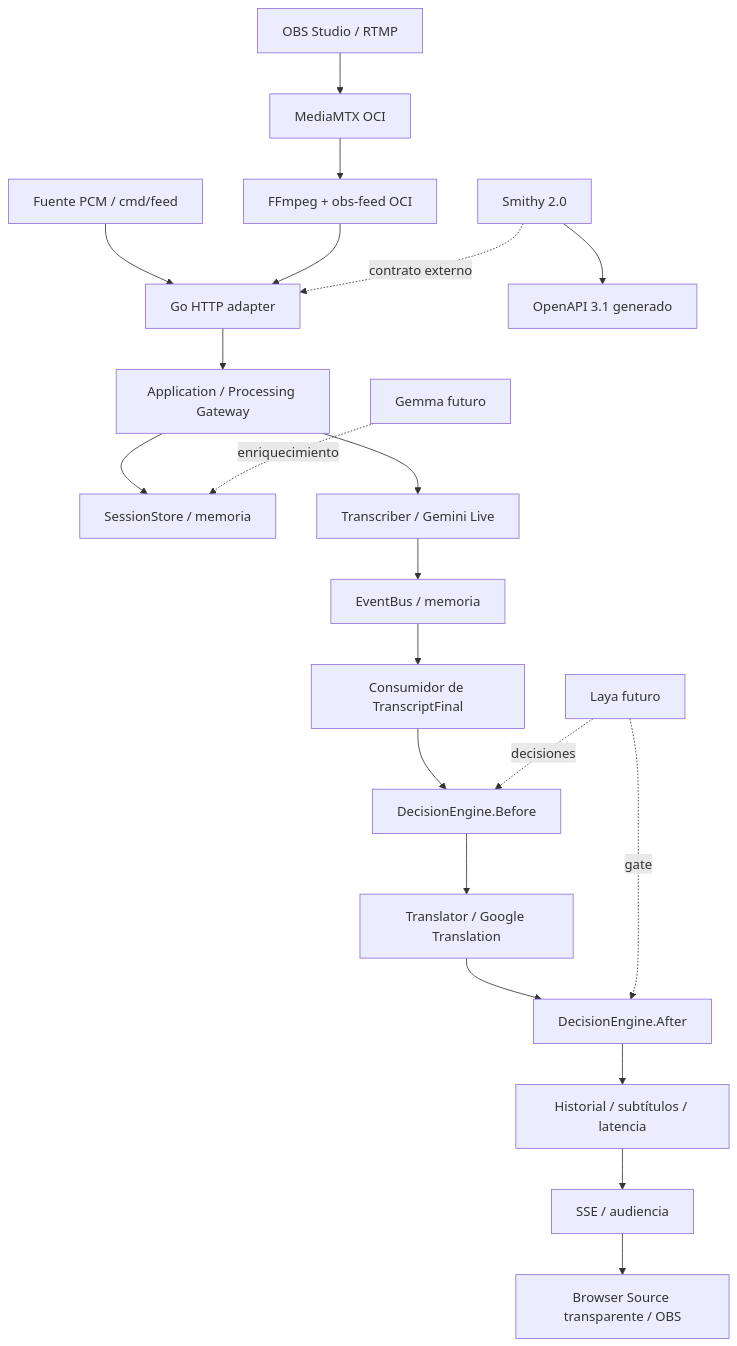
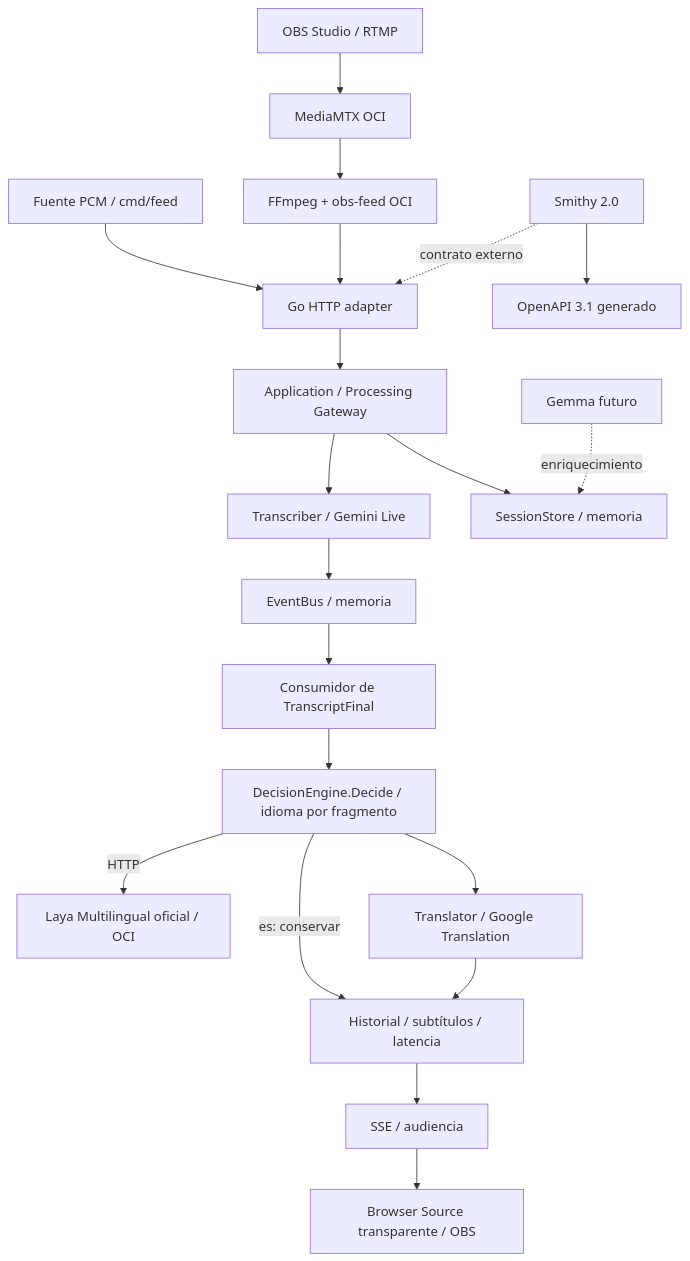
Before and after one commit to munhof/sintonizados: the diagram in docs/architecture/overview.md, drawn with Mermaid. The commit also changed other lines of this file and 38 other files, not shown here.

Commit message:
feat: integrate official Laya multilingual decisions

````diff
--- a/docs/architecture/overview.md
+++ b/docs/architecture/overview.md
@@ -3,23 +3,22 @@
 ```mermaid
 flowchart TB
   Feed[Fuente PCM / cmd/feed] --> HTTP[Go HTTP adapter]
   OBS[OBS Studio / RTMP] --> MTX[MediaMTX OCI]
   MTX --> FF[FFmpeg + obs-feed OCI]
   FF --> HTTP
   HTTP --> App[Application / Processing Gateway]
   App --> Store[SessionStore / memoria]
   App --> T[Transcriber / Gemini Live]
   T --> Bus[EventBus / memoria]
   Bus --> Worker[Consumidor de TranscriptFinal]
-  Worker --> Pre[DecisionEngine.Before]
+  Worker --> Pre[DecisionEngine.Decide / idioma por fragmento]
   Pre --> Translator[Translator / Google Translation]
-  Translator --> Post[DecisionEngine.After]
-  Post --> History[Historial / subtítulos / latencia]
+  Translator --> History[Historial / subtítulos / latencia]
+  Pre -->|es: conservar| History
   History --> SSE[SSE / audiencia]
   SSE --> Overlay[Browser Source transparente / OBS]
   Model[Smithy 2.0] --> OpenAPI[OpenAPI 3.1 generado]
   Model -. contrato externo .-> HTTP
   Gemma[Gemma futuro] -. enriquecimiento .-> Store
-  Laya[Laya futuro] -. decisiones .-> Pre
-  Laya -. gate .-> Post
+  Pre -->|HTTP| Laya[Laya Multilingual oficial / OCI]
 ```
````
